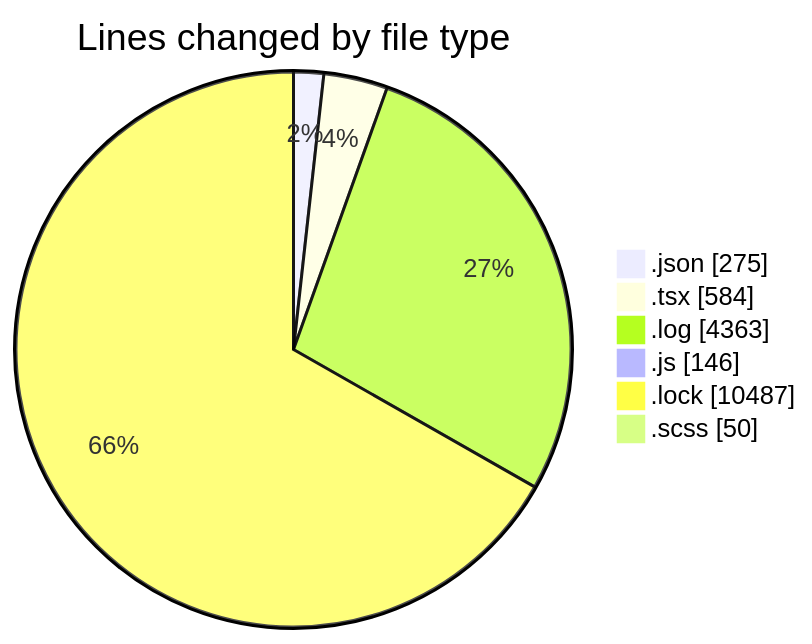
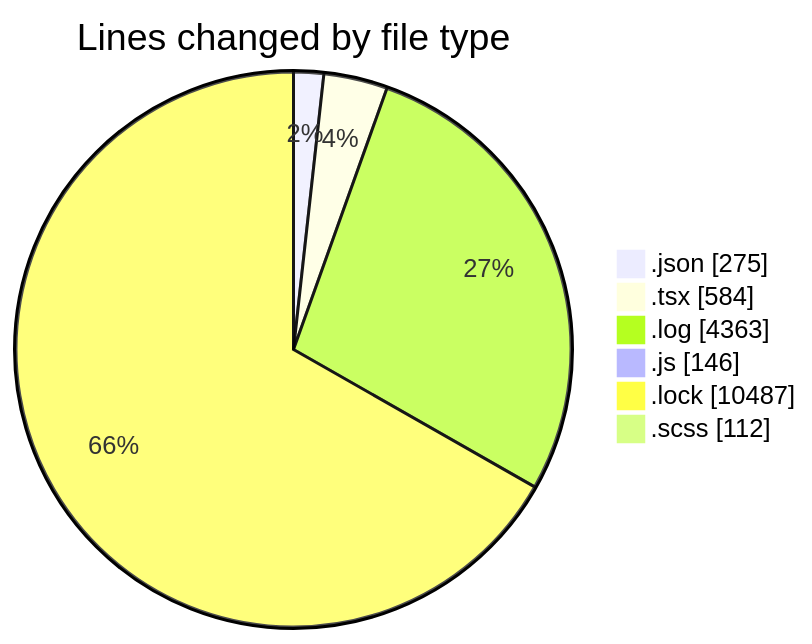
Before and after one commit to momahboobian/code-tracking: the first of 2 diagrams in 2026-03-24/cda/README.md, drawn with Mermaid. The commit also changed other lines of this file and 1 other file, not shown here.

````diff
--- a/2026-03-24/cda/README.md
+++ b/2026-03-24/cda/README.md
@@ -29,10 +30,10 @@
 ```mermaid
 pie showData
 title Lines changed by file type
 ".json" : 275
 ".tsx" : 584
 ".log" : 4363
 ".js" : 146
 ".lock" : 10487
-".scss" : 50
+".scss" : 112
 ```
````
